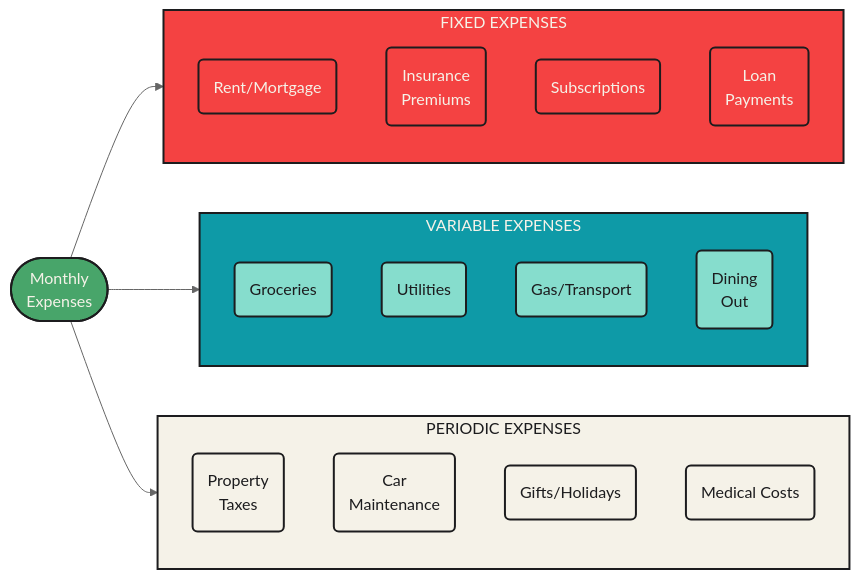
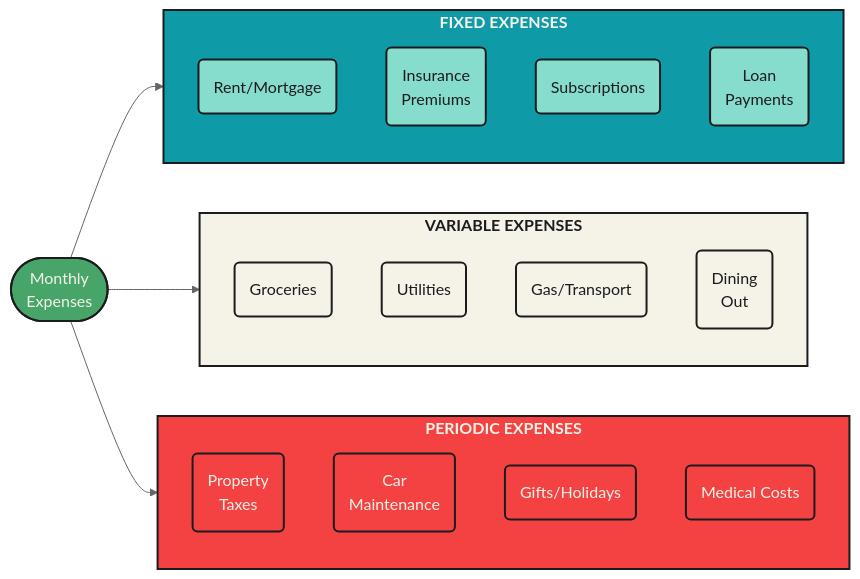
Before and after one commit to mjfrigaard/fm-finance: the first of 4 diagrams in budgeting.qmd, drawn with Mermaid. The commit also changed other lines of this file, not shown here.

Commit message:
updates to budget

````diff
--- a/budgeting.qmd
+++ b/budgeting.qmd
@@ -65,55 +65,56 @@
 ```{mermaid}
 %%| fig-cap: 'Fixed vs. Variable Expenses'
 %%| fig-align: center
 %%{init: {'theme': 'neutral', 'themeVariables': { 'fontFamily': 'monospace', "fontSize":"16px"}}}%%
 
 flowchart LR
 
     Expenses(["Monthly<br>Expenses"])
     
-    subgraph Fixed["FIXED EXPENSES"]
+    subgraph Fixed["<strong>FIXED EXPENSES</strong>"]
         Rent("Rent/Mortgage")
         Insurance("Insurance<br>Premiums")
         Subs("Subscriptions")
         Loans("Loan<br>Payments")
     end
     
-    subgraph Variable["VARIABLE EXPENSES"]
+    subgraph Variable["<strong>VARIABLE EXPENSES</strong>"]
         Groceries("Groceries")
         Utilities("Utilities")
         Gas("Gas/Transport")
         Dining("Dining<br>Out")
     end
 
-    subgraph Periodic["PERIODIC EXPENSES"]
+    subgraph Periodic["<strong>PERIODIC EXPENSES</strong>"]
         Taxes("Property<br>Taxes")
         CarMaint("Car<br>Maintenance")
         Gifts("Gifts/Holidays")
         Medical("Medical Costs")
     end
     
     Expenses --> Fixed  
     Expenses --> Variable 
     Expenses --> Periodic
     
     style Expenses fill:#48a56a,color:#F5F2E8,stroke:#1C1C1E,stroke-width:2px
     
-    style Fixed fill:#f44242,color:#F5F2E8,stroke:#1C1C1E,stroke-width:2px
-    style Rent fill:#f44242,color:#F5F2E8,stroke:#1C1C1E,stroke-width:2px
-    style Insurance fill:#f44242,color:#F5F2E8,stroke:#1C1C1E,stroke-width:2px
-    style Subs fill:#f44242,color:#F5F2E8,stroke:#1C1C1E,stroke-width:2px
-    style Loans fill:#f44242,color:#F5F2E8,stroke:#1C1C1E,stroke-width:2px
+    style Fixed fill:#0e9aa7,color:#F5F2E8,stroke:#1C1C1E,stroke-width:2px
+    style Rent fill:#86ddcd,color:#1C1C1E,stroke:#1C1C1E,stroke-width:2px
+    style Insurance fill:#86ddcd,color:#1C1C1E,stroke:#1C1C1E,stroke-width:2px
+    style Subs fill:#86ddcd,color:#1C1C1E,stroke:#1C1C1E,stroke-width:2px
+    style Loans fill:#86ddcd,color:#1C1C1E,stroke:#1C1C1E,stroke-width:2px
+                        
+    style Variable fill:#F5F2E8,color:#1C1C1E,stroke:#1C1C1E,stroke-width:2px
+    style Groceries fill:#F5F2E8,color:#1C1C1E,stroke:#1C1C1E,stroke-width:2px
+    style Utilities fill:#F5F2E8,color:#1C1C1E,stroke:#1C1C1E,stroke-width:2px
+    style Gas fill:#F5F2E8,color:#1C1C1E,stroke:#1C1C1E,stroke-width:2px
+    style Dining fill:#F5F2E8,color:#1C1C1E,stroke:#1C1C1E,stroke-width:2px
     
-    style Variable fill:#0e9aa7,color:#F5F2E8,stroke:#1C1C1E,stroke-width:2px
-    style Groceries fill:#86ddcd,color:#1C1C1E,stroke:#1C1C1E,stroke-width:2px
-    style Utilities fill:#86ddcd,color:#1C1C1E,stroke:#1C1C1E,stroke-width:2px
-    style Gas fill:#86ddcd,color:#1C1C1E,stroke:#1C1C1E,stroke-width:2px
-    style Dining fill:#86ddcd,color:#1C1C1E,stroke:#1C1C1E,stroke-width:2px
+    style Periodic fill:#f44242,color:#F5F2E8,stroke:#1C1C1E,stroke-width:2px
+    style Taxes fill:#f44242,color:#F5F2E8,stroke:#1C1C1E,stroke-width:2px
+    style CarMaint fill:#f44242,color:#F5F2E8,stroke:#1C1C1E,stroke-width:2px
+    style Gifts fill:#f44242,color:#F5F2E8,stroke:#1C1C1E,stroke-width:2px
+    style Medical fill:#f44242,color:#F5F2E8,stroke:#1C1C1E,stroke-width:2px
     
-    style Periodic fill:#F5F2E8,color:#1C1C1E,stroke:#1C1C1E,stroke-width:2px
-    style Taxes fill:#F5F2E8,color:#1C1C1E,stroke:#1C1C1E,stroke-width:2px
-    style CarMaint fill:#F5F2E8,color:#1C1C1E,stroke:#1C1C1E,stroke-width:2px
-    style Gifts fill:#F5F2E8,color:#1C1C1E,stroke:#1C1C1E,stroke-width:2px
-    style Medical fill:#F5F2E8,color:#1C1C1E,stroke:#1C1C1E,stroke-width:2px
     
 ```
````
